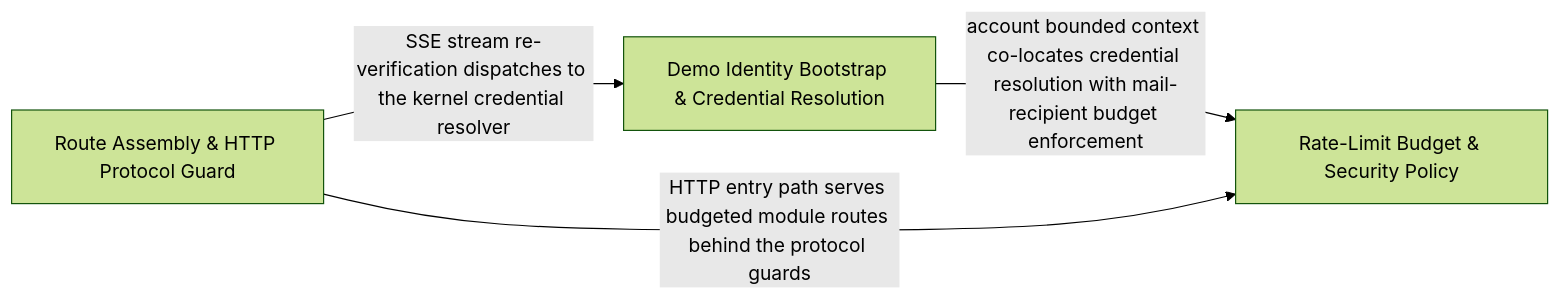
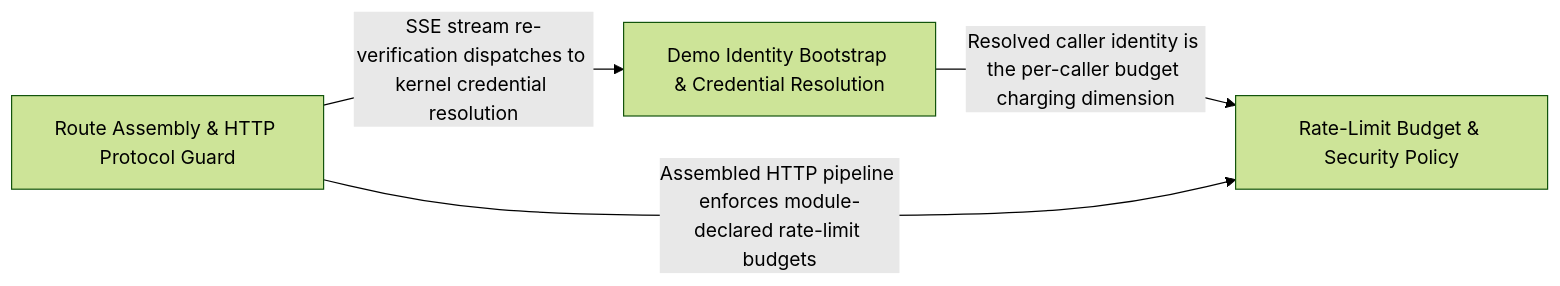
One commit to Guebbit/boilerplate-node-backend changed the diagram in .2brain/arch/Route_Assembly_Middleware_Demo_Identity_Bootstrap.md. Above: the diagram before and after it, drawn with Mermaid (forest theme). The commit also changed other lines of this file and 1102 other files, not shown here.

````diff
--- a/.2brain/arch/Route_Assembly_Middleware_Demo_Identity_Bootstrap.md
+++ b/.2brain/arch/Route_Assembly_Middleware_Demo_Identity_Bootstrap.md
@@ -10,9 +10,9 @@
 ```mermaid
 graph LR
     Demo_Identity_Bootstrap_Credential_Resolution["Demo Identity Bootstrap & Credential Resolution"]
     Rate_Limit_Budget_Security_Policy["Rate-Limit Budget & Security Policy"]
     Route_Assembly_HTTP_Protocol_Guard["Route Assembly & HTTP Protocol Guard"]
-    Demo_Identity_Bootstrap_Credential_Resolution -- "account bounded context co-locates credential resolution with mail-recipient budget enforcement" --> Rate_Limit_Budget_Security_Policy
-    Route_Assembly_HTTP_Protocol_Guard -- "SSE stream re-verification dispatches to the kernel credential resolver" --> Demo_Identity_Bootstrap_Credential_Resolution
-    Route_Assembly_HTTP_Protocol_Guard -- "HTTP entry path serves budgeted module routes behind the protocol guards" --> Rate_Limit_Budget_Security_Policy
+    Demo_Identity_Bootstrap_Credential_Resolution -- "Resolved caller identity is the per-caller budget charging dimension" --> Rate_Limit_Budget_Security_Policy
+    Route_Assembly_HTTP_Protocol_Guard -- "SSE stream re-verification dispatches to kernel credential resolution" --> Demo_Identity_Bootstrap_Credential_Resolution
+    Route_Assembly_HTTP_Protocol_Guard -- "Assembled HTTP pipeline enforces module-declared rate-limit budgets" --> Rate_Limit_Budget_Security_Policy
 ```
````
